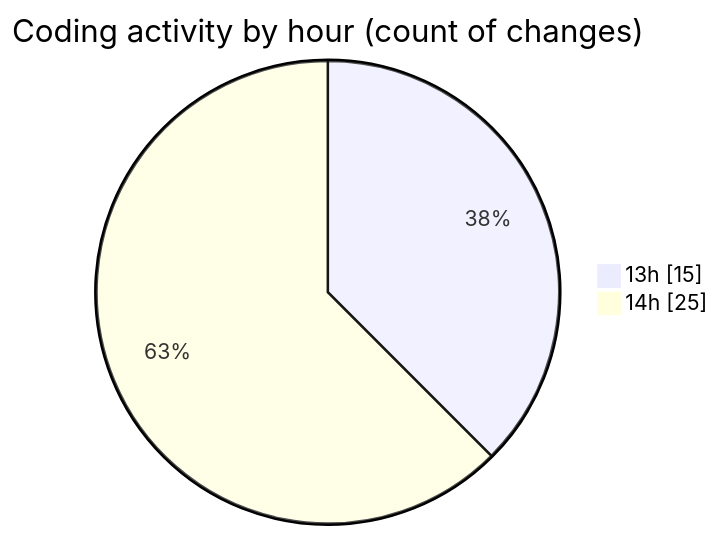
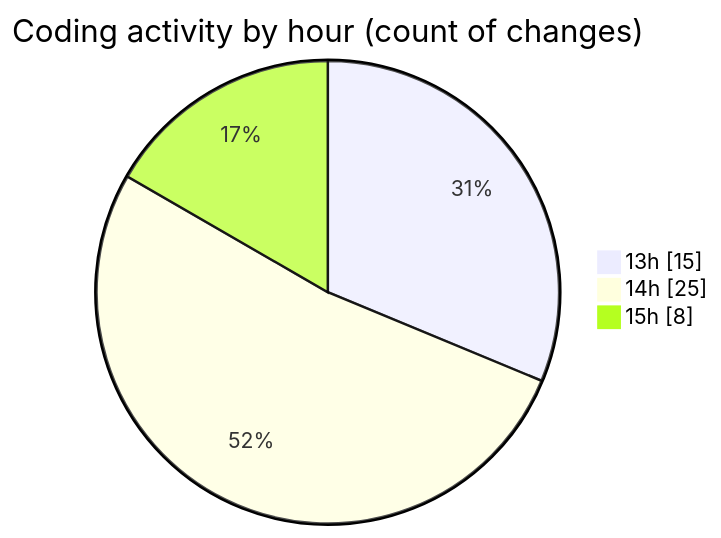
One commit to momahboobian/code-tracking changed the second of 2 diagrams in 2025-09-17/cda/README.md. Above: the diagram before and after it, drawn with Mermaid. The commit also changed other lines of this file and 1 other file, not shown here.

````diff
--- a/2025-09-17/cda/README.md
+++ b/2025-09-17/cda/README.md
@@ -34,6 +34,7 @@
 ```mermaid
 pie showData
 title Coding activity by hour (count of changes)
 "13h" : 15
 "14h" : 25
+"15h" : 8
 ```
````
